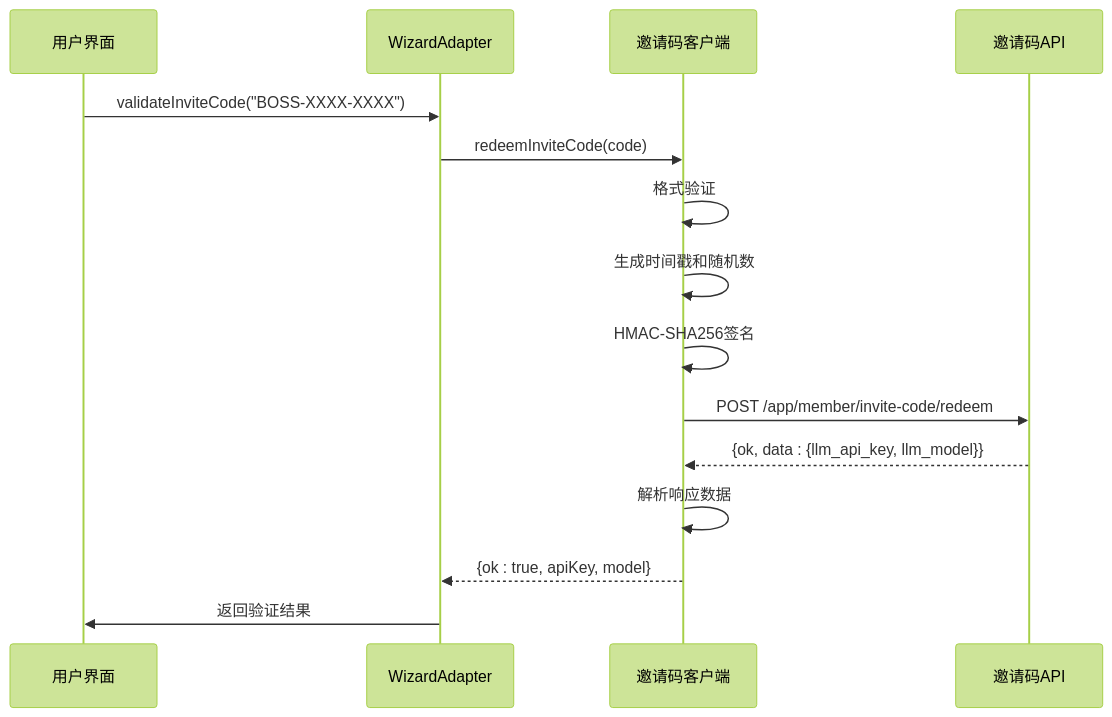
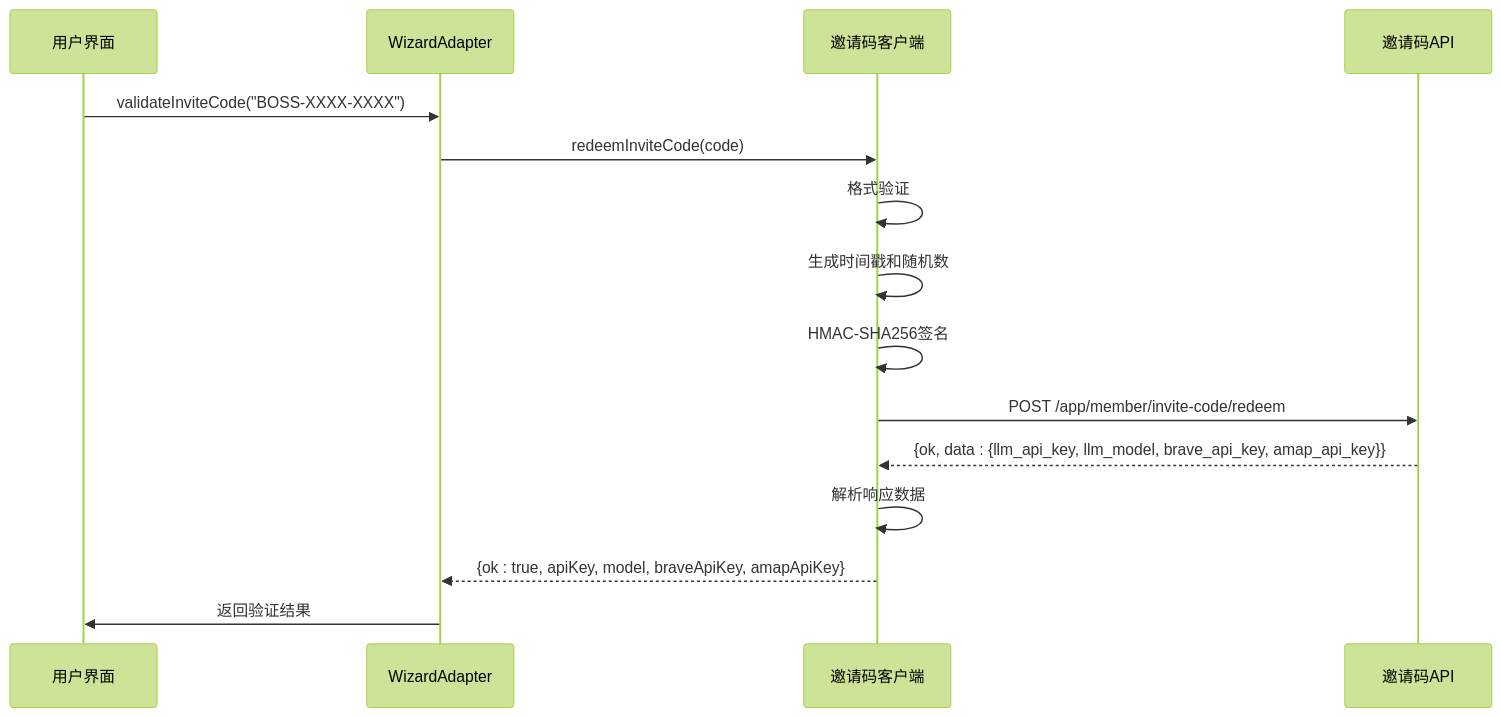
The eighth of 11 diagrams in .qoder/repowiki/zh/content/设置向导适配器.md (verse-ai-org/openclaw), drawn with Mermaid (forest theme) before and after one commit. The commit also changed other lines of this file and 7 other files, not shown here.

````diff
--- a/.qoder/repowiki/zh/content/设置向导适配器.md
+++ b/.qoder/repowiki/zh/content/设置向导适配器.md
@@ -366,17 +396,17 @@
 ```mermaid
 sequenceDiagram
 participant UI as 用户界面
 participant Adapter as WizardAdapter
 participant Client as 邀请码客户端
 participant API as 邀请码API
 UI->>Adapter : validateInviteCode("BOSS-XXXX-XXXX")
 Adapter->>Client : redeemInviteCode(code)
 Client->>Client : 格式验证
 Client->>Client : 生成时间戳和随机数
 Client->>Client : HMAC-SHA256签名
 Client->>API : POST /app/member/invite-code/redeem
-API-->>Client : {ok, data : {llm_api_key, llm_model}}
+API-->>Client : {ok, data : {llm_api_key, llm_model, brave_api_key, amap_api_key}}
 Client->>Client : 解析响应数据
-Client-->>Adapter : {ok : true, apiKey, model}
+Client-->>Adapter : {ok : true, apiKey, model, braveApiKey, amapApiKey}
 Adapter->>UI : 返回验证结果
 ```
````
